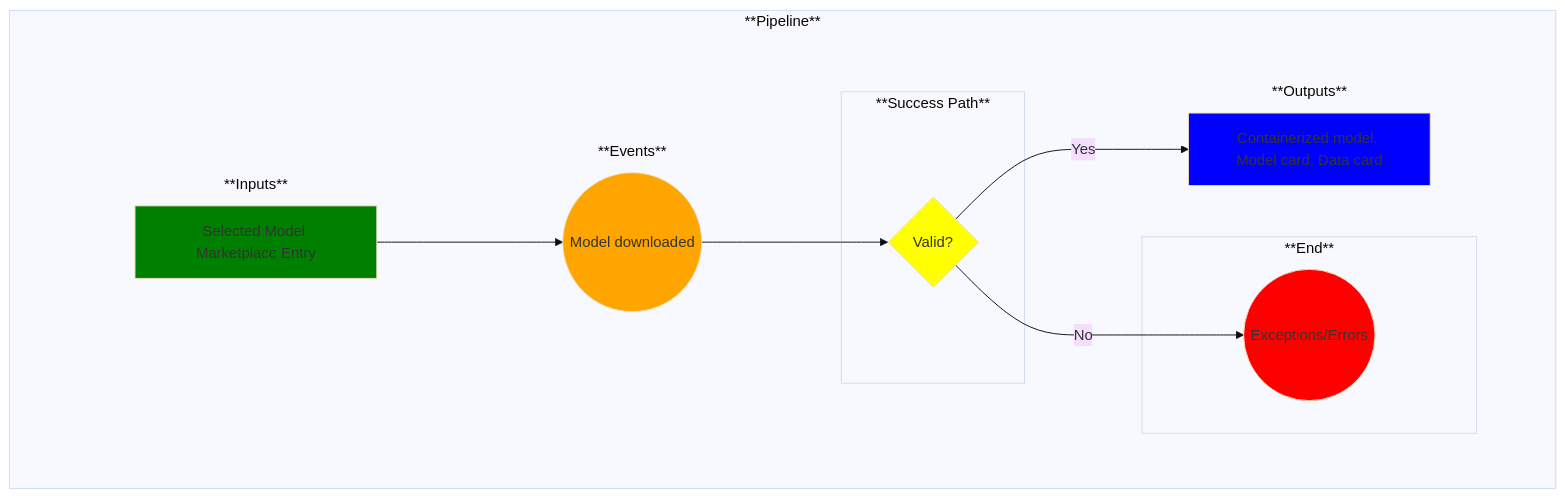
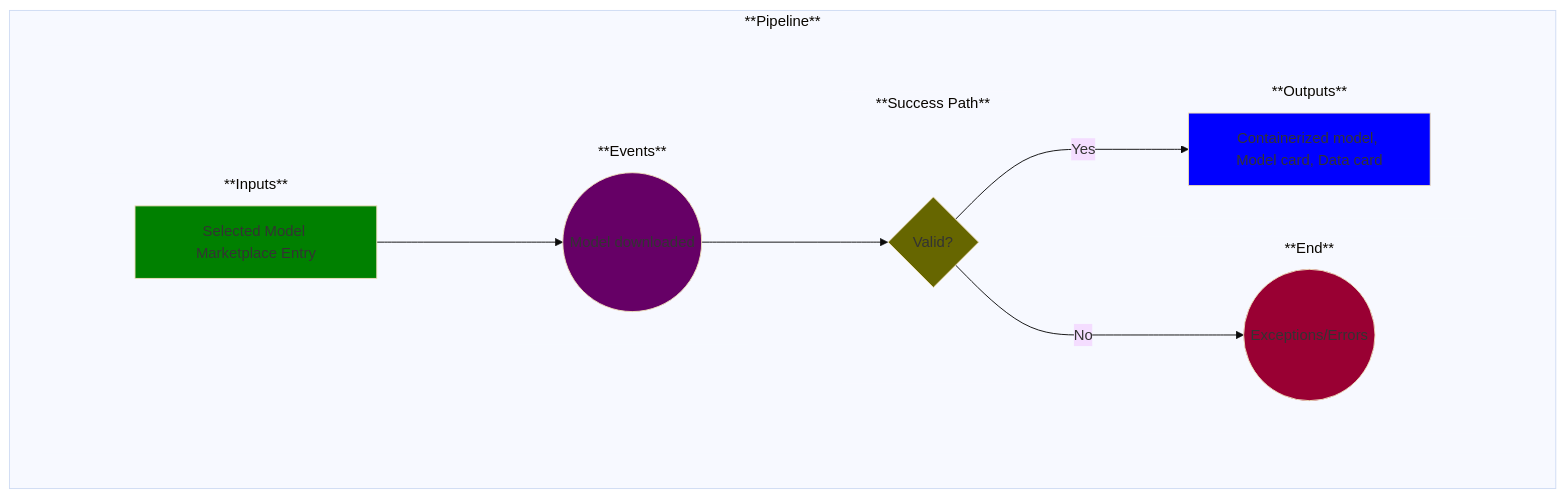
The diagram in use-cases/18-model-downloads.md (MLOps-OpenAPI/arch-diagrams), drawn with Mermaid (base theme) before and after one commit. The commit also changed 5 other files, not shown here.

````diff
--- a/use-cases/18-model-downloads.md
+++ b/use-cases/18-model-downloads.md
@@ -21,63 +21,64 @@
 ```mermaid
 
 %% Creating a left-to-right flowchart
 %% Learn the syntax here: https://mermaid.js.org/syntax/flowchart.html
 %% Note: flowchart and graph are the same in Mermaid
 graph LR;
 
     %% Define the common flow items:
     %%A--> B
     %%B-->C
     subgraph Pipeline ["**Pipeline**"]
         
         %% Add an empty node to overcome some formatting issues
         subgraph invisibleSpace["<br/>"]
 
             %% Add the rest of the nodes
             subgraph Inputs ["**Inputs**"]
                 A
             end
             subgraph Events ["**Events**"]
                 B
             end
             subgraph Success ["**Success Path**"]
                 C
             end
             subgraph End ["**End**"]
                 D
             end
             subgraph Outputs ["**Outputs**"]
                 E
             end
         end
         A-->B
         C--> | No | D
         B-->C
         C--> | Yes | E
     end
 
     %% Now label and style the blocks
     %% Note: You could have done this above, but I find this to be cleaner and easier to manage
 
     A[Selected Model Marketplace Entry]
     style A fill:green
 
     B((Model downloaded))
-    style B fill:orange
+    style B fill:#660066
 
     C{Valid?}
-    style C fill:yellow
+    style C fill:#666600
 
     D((Exceptions/Errors))
-    style D fill:red
+    style D fill:#990033
 
     E[Containerized model, Model card, Data card]
     style E fill:blue
 
     %% Remove unnecessary box outlines
     style invisibleSpace stroke-width:0
     style Inputs stroke-width:0
     style Events stroke-width:0
+    style End stroke-width:0
+    style Success stroke-width:0
     style Outputs stroke-width:0
-
 ```
````
